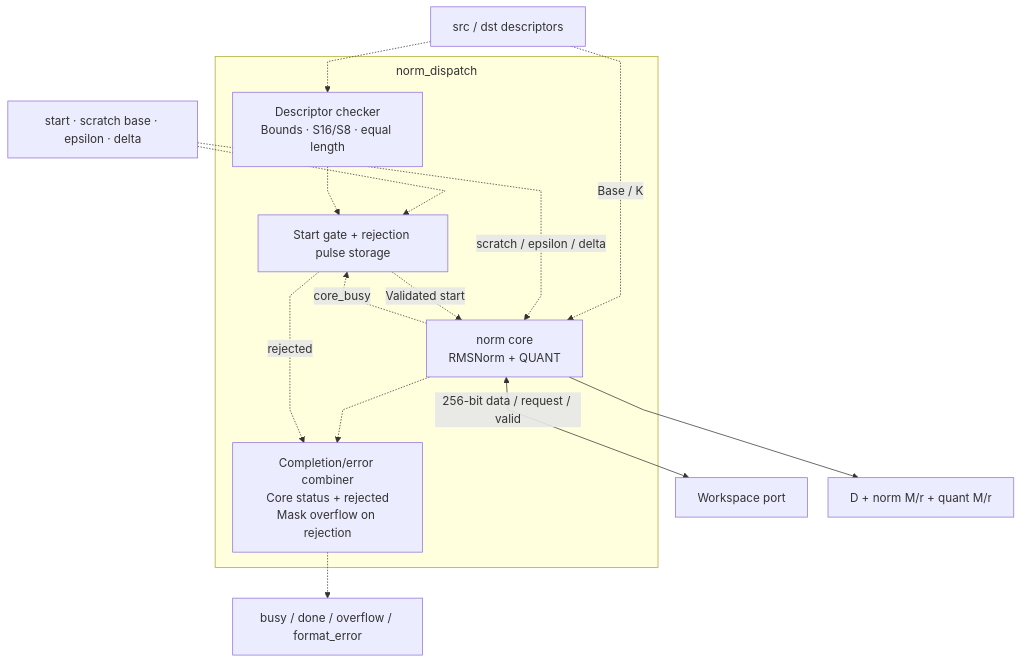
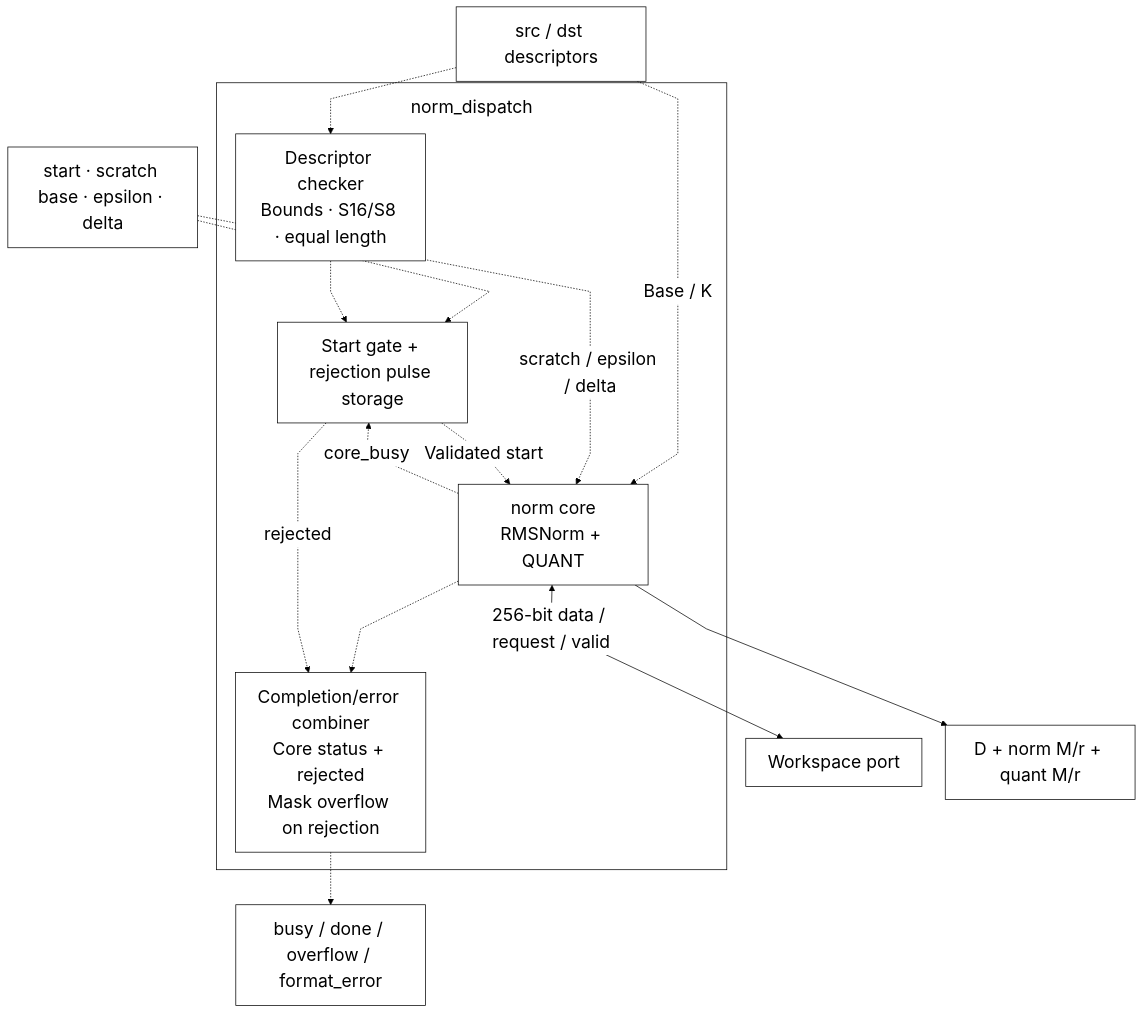
Before and after one commit to nguyennhutkhanhtom/NPU: the diagram in docs/source_guide/blocks/norm_dispatch.sv.md, drawn with Mermaid. The commit also changed 102 other files, not shown here.

First line of the commit message:
docs: refresh guides and source-grounded RTL diagrams

````diff
--- a/docs/source_guide/blocks/norm_dispatch.sv.md
+++ b/docs/source_guide/blocks/norm_dispatch.sv.md
@@ -15,24 +15,26 @@
 ```mermaid
+%%{init: {"theme":"base","fontFamily":"Arial, sans-serif","themeVariables":{"fontSize":"24px","primaryColor":"#ffffff","primaryTextColor":"#000000","primaryBorderColor":"#000000","secondaryColor":"#ffffff","tertiaryColor":"#ffffff","lineColor":"#000000","textColor":"#000000","mainBkg":"#ffffff","nodeBorder":"#000000","clusterBkg":"#ffffff","clusterBorder":"#000000","edgeLabelBackground":"#ffffff"},"flowchart":{"htmlLabels":true,"useMaxWidth":false,"nodeSpacing":32,"rankSpacing":48,"curve":"linear","subGraphTitleMargin":{"top":16,"bottom":30}}}}%%
 flowchart TB
-%%{init: {"flowchart": {"subGraphTitleMargin": {"top": 8, "bottom": 20}, "nodeSpacing": 28, "rankSpacing": 42, "curve": "linear"}}}%%
-    D["src / dst descriptors"]
+D["src / dst descriptors"]
     C["start · scratch base · epsilon · delta"]
     subgraph WRAP["norm_dispatch"]
         CHECK["Descriptor checker<br/>Bounds · S16/S8 · equal length"]
         GATE["Start gate + rejection pulse storage"]
         CORE["norm core<br/>RMSNorm + QUANT"]
         STATUS["Completion/error combiner<br/>Core status + rejected<br/>Mask overflow on rejection"]
     end
     D -.-> CHECK
     D -.->|"Base / K"| CORE
     C -.-> GATE
     C -.->|"scratch / epsilon / delta"| CORE
     CHECK -.-> GATE
     GATE -.->|"Validated start"| CORE
     CORE -.->|"core_busy"| GATE
     CORE <-->|"256-bit data / request / valid"| WS["Workspace port"]
     CORE --> META["D + norm M/r + quant M/r"]
     CORE -.-> STATUS
     GATE -.->|"rejected"| STATUS
     STATUS -.-> OUT["busy / done / overflow / format_error"]
+    classDef default fill:white,stroke:black,color:black,font-size:24px;
+    linkStyle default stroke:black,color:black;
 ```
````
